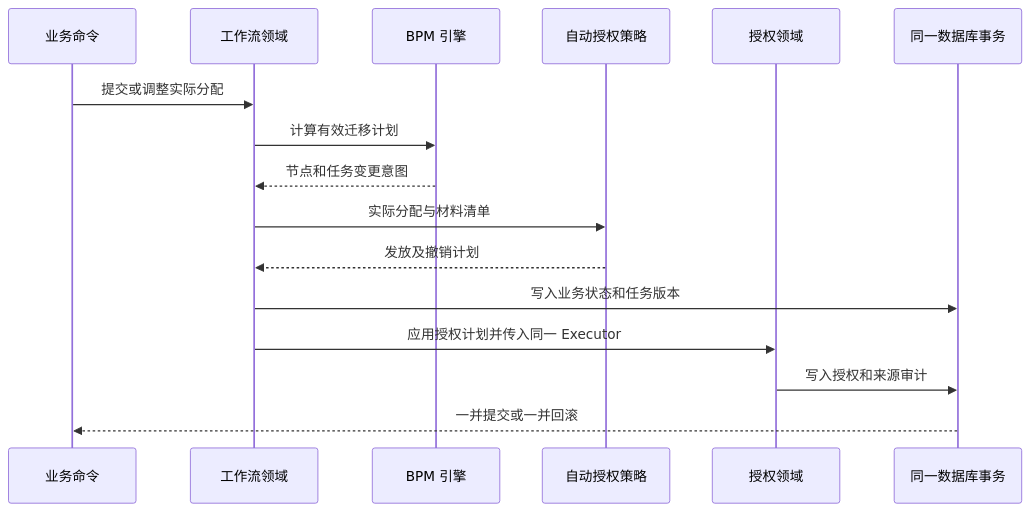
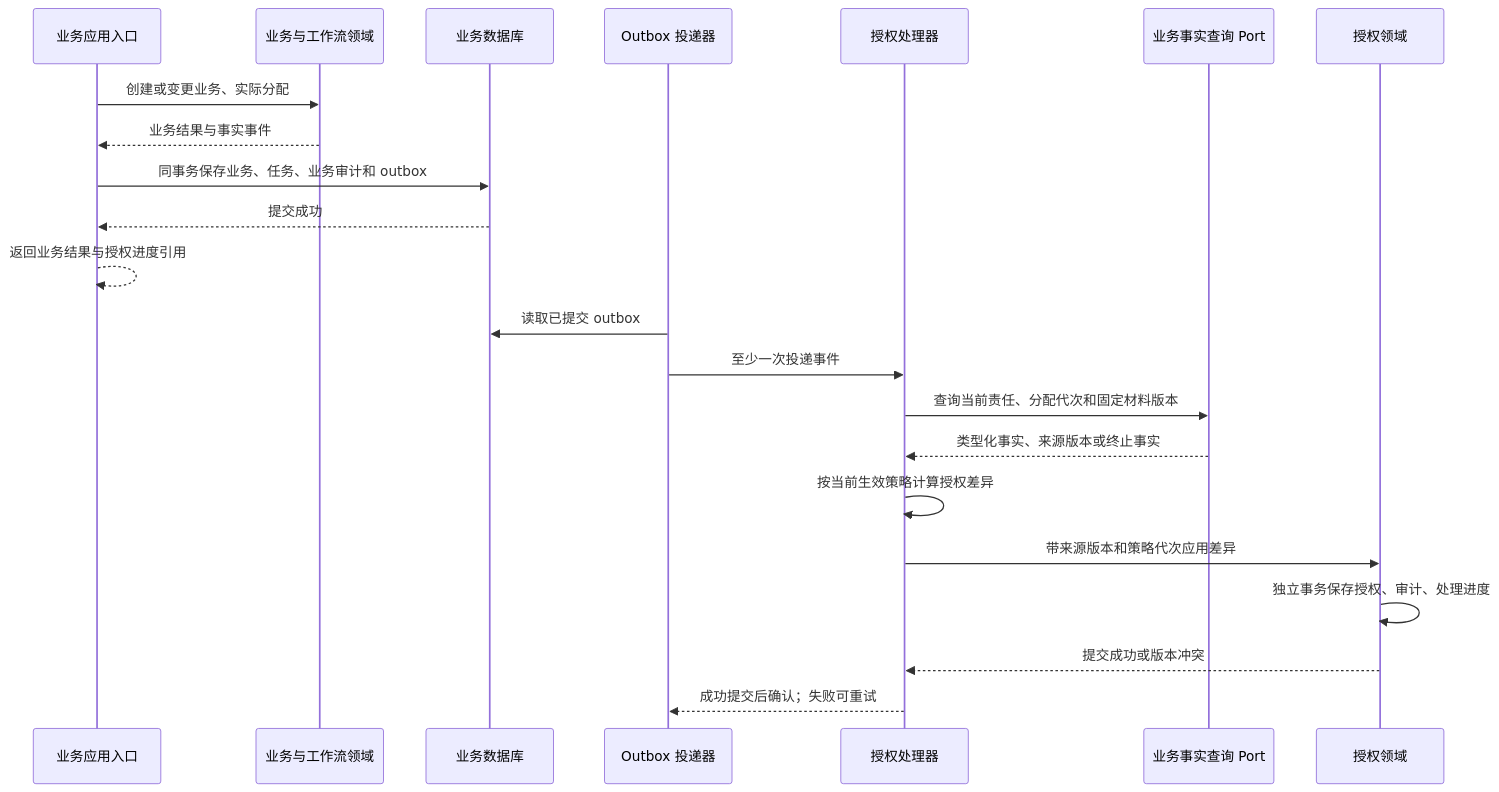
The diagram in docs/resource-authorization-design.md (mztlive/erp), drawn with Mermaid before and after one commit. The commit also changed other lines of this file and 2 other files, not shown here.

````diff
--- a/docs/resource-authorization-design.md
+++ b/docs/resource-authorization-design.md
@@ -67,18 +69,24 @@
 ```mermaid
 sequenceDiagram
-    participant command as 业务命令
-    participant workflow as 工作流领域
-    participant bpm as BPM 引擎
-    participant policy as 自动授权策略
+    participant command as 业务应用入口
+    participant domain as 业务与工作流领域
+    participant store as 业务数据库
+    participant relay as Outbox 投递器
+    participant worker as 授权处理器
+    participant facts as 业务事实查询 Port
     participant auth as 授权领域
-    participant store as 同一数据库事务
-    command->>workflow: 提交或调整实际分配
-    workflow->>bpm: 计算有效迁移计划
-    bpm-->>workflow: 节点和任务变更意图
-    workflow->>policy: 实际分配与材料清单
-    policy-->>workflow: 发放及撤销计划
-    workflow->>store: 写入业务状态和任务版本
-    workflow->>auth: 应用授权计划并传入同一 Executor
-    auth->>store: 写入授权和来源审计
-    store-->>command: 一并提交或一并回滚
+    command->>domain: 创建或变更业务、实际分配
+    domain-->>command: 业务结果与事实事件
+    command->>store: 同事务保存业务、任务、业务审计和 outbox
+    store-->>command: 提交成功
+    command-->>command: 返回业务结果与授权进度引用
+    relay->>store: 读取已提交 outbox
+    relay->>worker: 至少一次投递事件
+    worker->>facts: 查询当前责任、分配代次和固定材料版本
+    facts-->>worker: 类型化事实、来源版本或终止事实
+    worker->>worker: 按当前生效策略计算授权差异
+    worker->>auth: 带来源版本和策略代次应用差异
+    auth->>auth: 独立事务保存授权、审计、处理进度
+    auth-->>worker: 提交成功或版本冲突
+    worker-->>relay: 成功提交后确认；失败可重试
 ```
````
